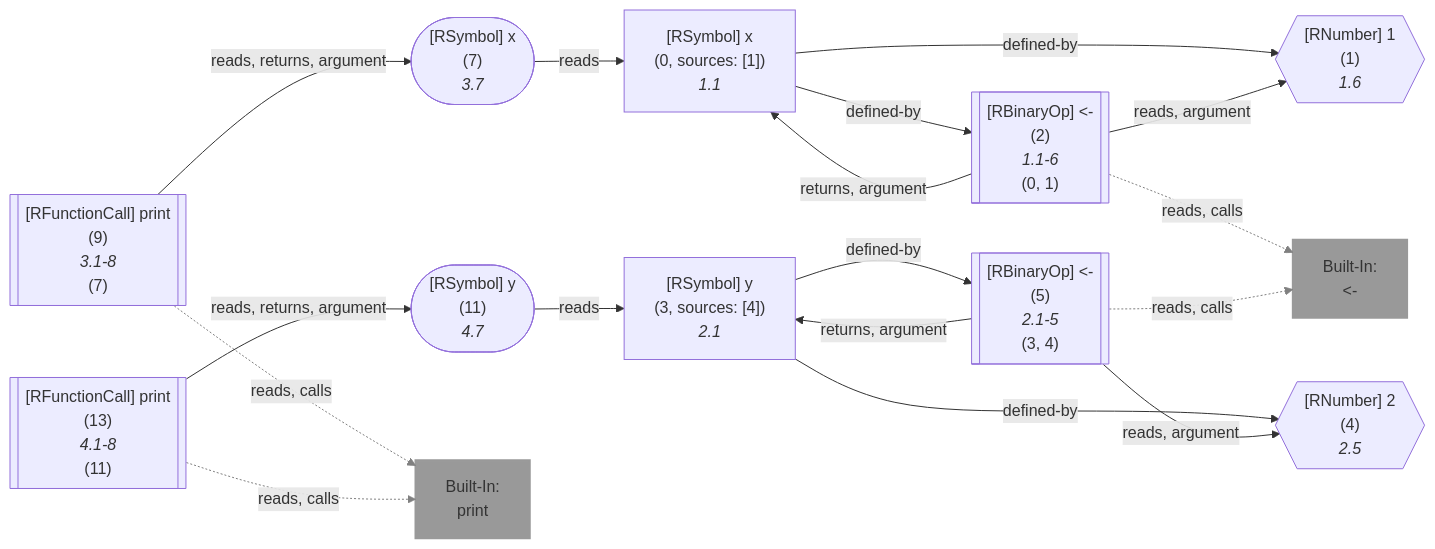
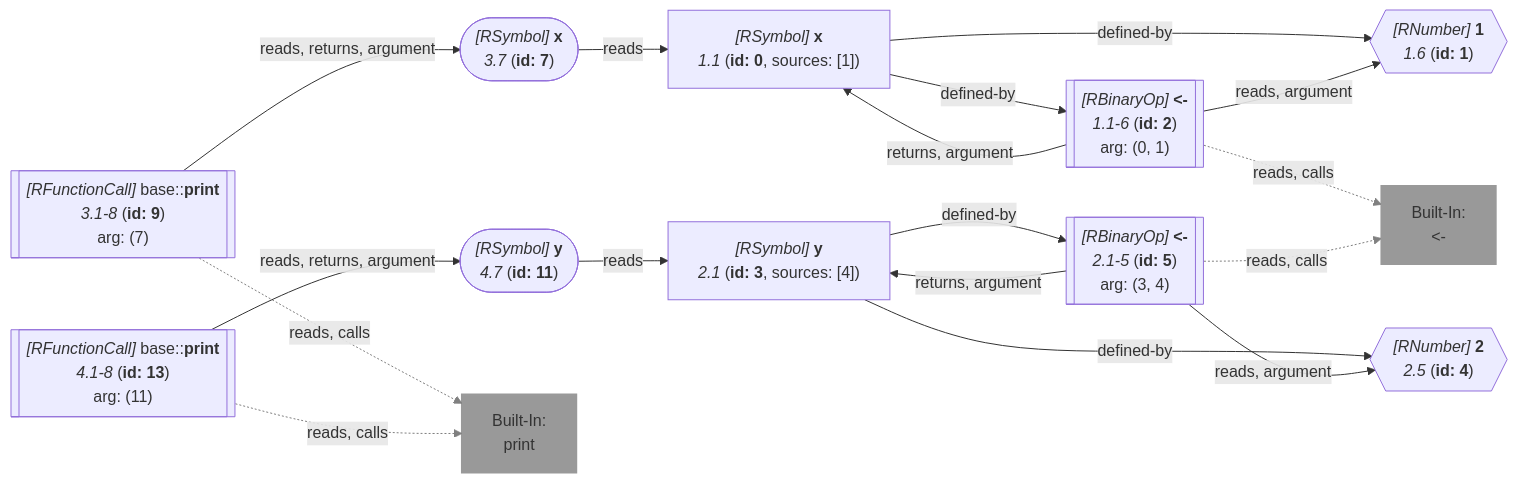
Before and after one commit to flowr-analysis/flowr: diagram 20 of 21 in wiki/Query API.md, drawn with Mermaid. The commit also changed other lines of this file and 87 other files, not shown here.

````diff
--- a/wiki/Query API.md
+++ b/wiki/Query API.md
@@ -6816,65 +6660,55 @@
 ```mermaid
 flowchart LR
-    1{{"`#91;RNumber#93; 1
-      (1)
-      *1.6*`"}}
+    1{{"`*#91;RNumber#93;* **1**
+      *1.6* (**id: 1**)`"}}
    %% No edges found for 1
-    0["`#91;RSymbol#93; x
-      (0, sources: [1])
-      *1.1*`"]
-    2[["`#91;RBinaryOp#93; #60;#45;
-      (2)
-      *1.1-6*
-    (0, 1)`"]]
+    0["`*#91;RSymbol#93;* **x**
+      *1.1* (**id: 0**, sources: [1])`"]
+    2[["`*#91;RBinaryOp#93;* **#60;#45;**
+      *1.1-6* (**id: 2**)
+    arg: (0, 1)`"]]
     built-in:_-["`Built-In:
 #60;#45;`"]
     style built-in:_- stroke:gray,fill:gray,stroke-width:2px,opacity:.8;
-    4{{"`#91;RNumber#93; 2
-      (4)
-      *2.5*`"}}
+    4{{"`*#91;RNumber#93;* **2**
+      *2.5* (**id: 4**)`"}}
    %% No edges found for 4
-    3["`#91;RSymbol#93; y
-      (3, sources: [4])
-      *2.1*`"]
-    5[["`#91;RBinaryOp#93; #60;#45;
-      (5)
-      *2.1-5*
-    (3, 4)`"]]
-    7(["`#91;RSymbol#93; x
-      (7)
-      *3.7*`"])
-    9[["`#91;RFunctionCall#93; print
-      (9)
-      *3.1-8*
-    (7)`"]]
+    3["`*#91;RSymbol#93;* **y**
+      *2.1* (**id: 3**, sources: [4])`"]
+    5[["`*#91;RBinaryOp#93;* **#60;#45;**
+      *2.1-5* (**id: 5**)
+    arg: (3, 4)`"]]
+    7(["`*#91;RSymbol#93;* **x**
+      *3.7* (**id: 7**)`"])
+    9[["`*#91;RFunctionCall#93;* base#58;#58;**print**
+      *3.1-8* (**id: 9**)
+    arg: (7)`"]]
     built-in:print["`Built-In:
 print`"]
     style built-in:print stroke:gray,fill:gray,stroke-width:2px,opacity:.8;
-    11(["`#91;RSymbol#93; y
-      (11)
-      *4.7*`"])
-    13[["`#91;RFunctionCall#93; print
-      (13)
-      *4.1-8*
-    (11)`"]]
+    11(["`*#91;RSymbol#93;* **y**
+      *4.7* (**id: 11**)`"])
+    13[["`*#91;RFunctionCall#93;* base#58;#58;**print**
+      *4.1-8* (**id: 13**)
+    arg: (11)`"]]
     0 -->|"defined-by"| 1
     0 -->|"defined-by"| 2
     2 -->|"reads, argument"| 1
     2 -->|"returns, argument"| 0
     2 -.->|"reads, calls"| built-in:_-
     linkStyle 4 stroke:gray;
     3 -->|"defined-by"| 4
     3 -->|"defined-by"| 5
     5 -->|"reads, argument"| 4
     5 -->|"returns, argument"| 3
     5 -.->|"reads, calls"| built-in:_-
     linkStyle 9 stroke:gray;
     7 -->|"reads"| 0
     9 -->|"reads, returns, argument"| 7
     9 -.->|"reads, calls"| built-in:print
     linkStyle 12 stroke:gray;
     11 -->|"reads"| 3
     13 -->|"reads, returns, argument"| 11
     13 -.->|"reads, calls"| built-in:print
     linkStyle 15 stroke:gray;
 ```
````
